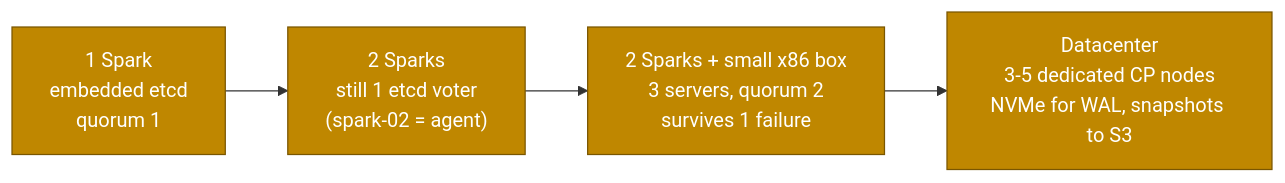
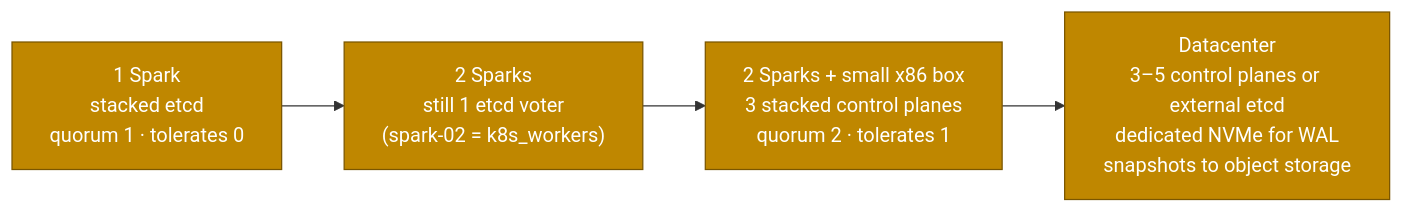
Before and after one commit to cloudone365/technical-depth: the third of 3 diagrams in 02 Kubernetes/03-etcd-database-deep-dive.md, drawn with Mermaid. The commit also changed other lines of this file and 53 other files, not shown here.

````diff
--- a/02 Kubernetes/03-etcd-database-deep-dive.md
+++ b/02 Kubernetes/03-etcd-database-deep-dive.md
@@ -277,8 +439,8 @@
 ```mermaid
 flowchart LR
-  A["1 Spark<br/>embedded etcd<br/>quorum 1"] --> B["2 Sparks<br/>still 1 etcd voter<br/>(spark-02 = agent)"]
-  B --> C["2 Sparks + small x86 box<br/>3 servers, quorum 2<br/>survives 1 failure"]
-  C --> D["Datacenter<br/>3-5 dedicated CP nodes<br/>NVMe for WAL, snapshots to S3"]
+  A["1 Spark<br/>stacked etcd<br/>quorum 1 · tolerates 0"] --> B["2 Sparks<br/>still 1 etcd voter<br/>(spark-02 = k8s_workers)"]
+  B --> C["2 Sparks + small x86 box<br/>3 stacked control planes<br/>quorum 2 · tolerates 1"]
+  C --> D["Datacenter<br/>3–5 control planes or external etcd<br/>dedicated NVMe for WAL<br/>snapshots to object storage"]
   classDef store fill:#bf8700,stroke:#7a5600,color:#fff
   class A,B,C,D store
 ```
````
